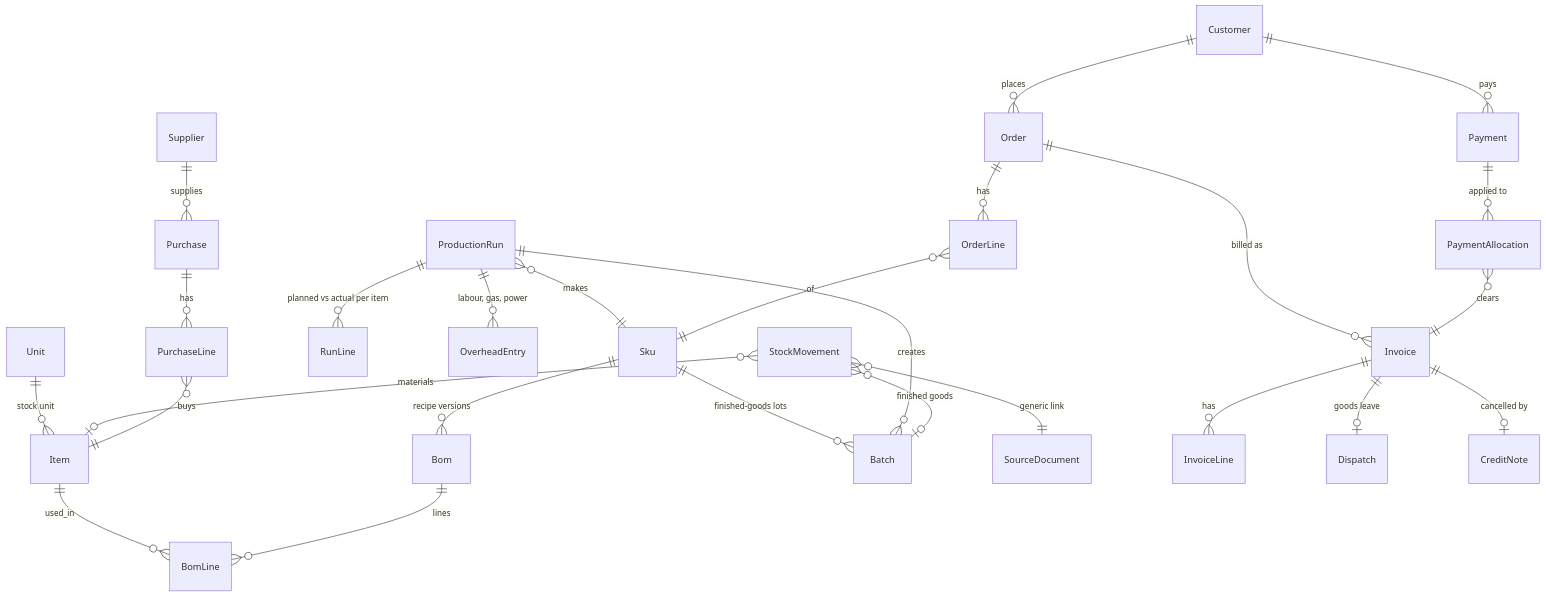
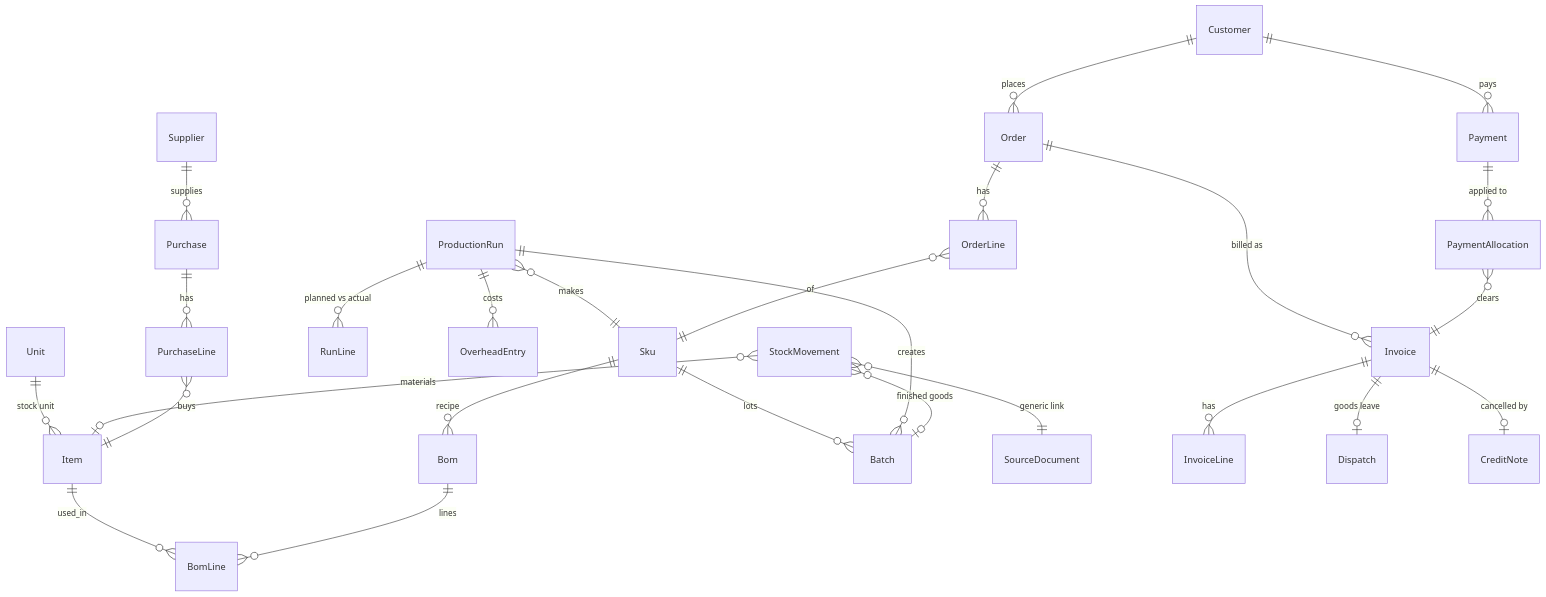
One commit to Swas00/order-to-audit changed the diagram in docs/DESIGN.md. Above: the diagram before and after it, drawn with Mermaid. The commit also changed other lines of this file, not shown here.

````diff
--- a/docs/DESIGN.md
+++ b/docs/DESIGN.md
@@ -14,28 +14,28 @@
 ```mermaid
 erDiagram
     Unit ||--o{ Item : "stock unit"
     Item ||--o{ BomLine : used_in
-    Sku ||--o{ Bom : "recipe versions"
+    Sku ||--o{ Bom : recipe
     Bom ||--o{ BomLine : lines
-    Sku ||--o{ Batch : "finished-goods lots"
+    Sku ||--o{ Batch : lots
     ProductionRun }o--|| Sku : makes
-    ProductionRun ||--o{ RunLine : "planned vs actual per item"
+    ProductionRun ||--o{ RunLine : "planned vs actual"
     ProductionRun ||--o{ Batch : creates
-    ProductionRun ||--o{ OverheadEntry : "labour, gas, power"
-    StockMovement }o--o| Item : "materials"
+    ProductionRun ||--o{ OverheadEntry : costs
+    StockMovement }o--o| Item : materials
     StockMovement }o--o| Batch : "finished goods"
     StockMovement }o--|| SourceDocument : "generic link"
     Customer ||--o{ Order : places
     Order ||--o{ OrderLine : has
     OrderLine }o--|| Sku : of
     Order ||--o{ Invoice : "billed as"
     Invoice ||--o{ InvoiceLine : has
     Invoice ||--o| Dispatch : "goods leave"
     Invoice ||--o| CreditNote : "cancelled by"
     Customer ||--o{ Payment : pays
     Payment ||--o{ PaymentAllocation : "applied to"
     PaymentAllocation }o--|| Invoice : clears
     Supplier ||--o{ Purchase : supplies
     Purchase ||--o{ PurchaseLine : has
     PurchaseLine }o--|| Item : buys
 ```
````
